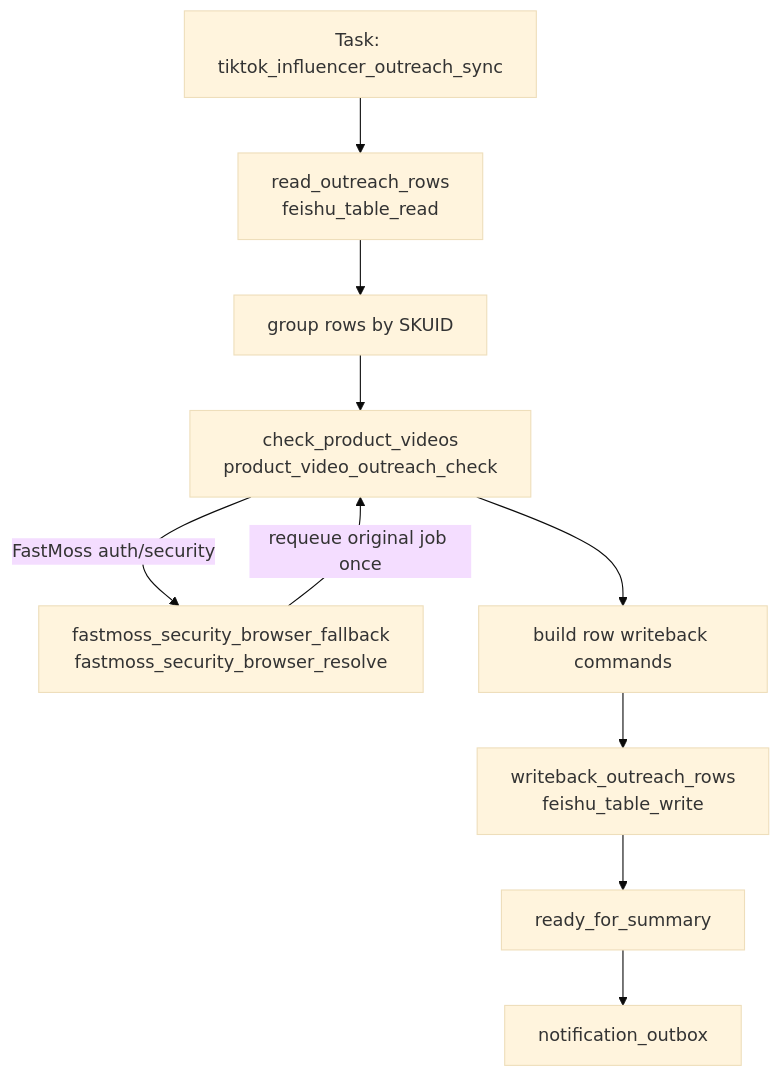
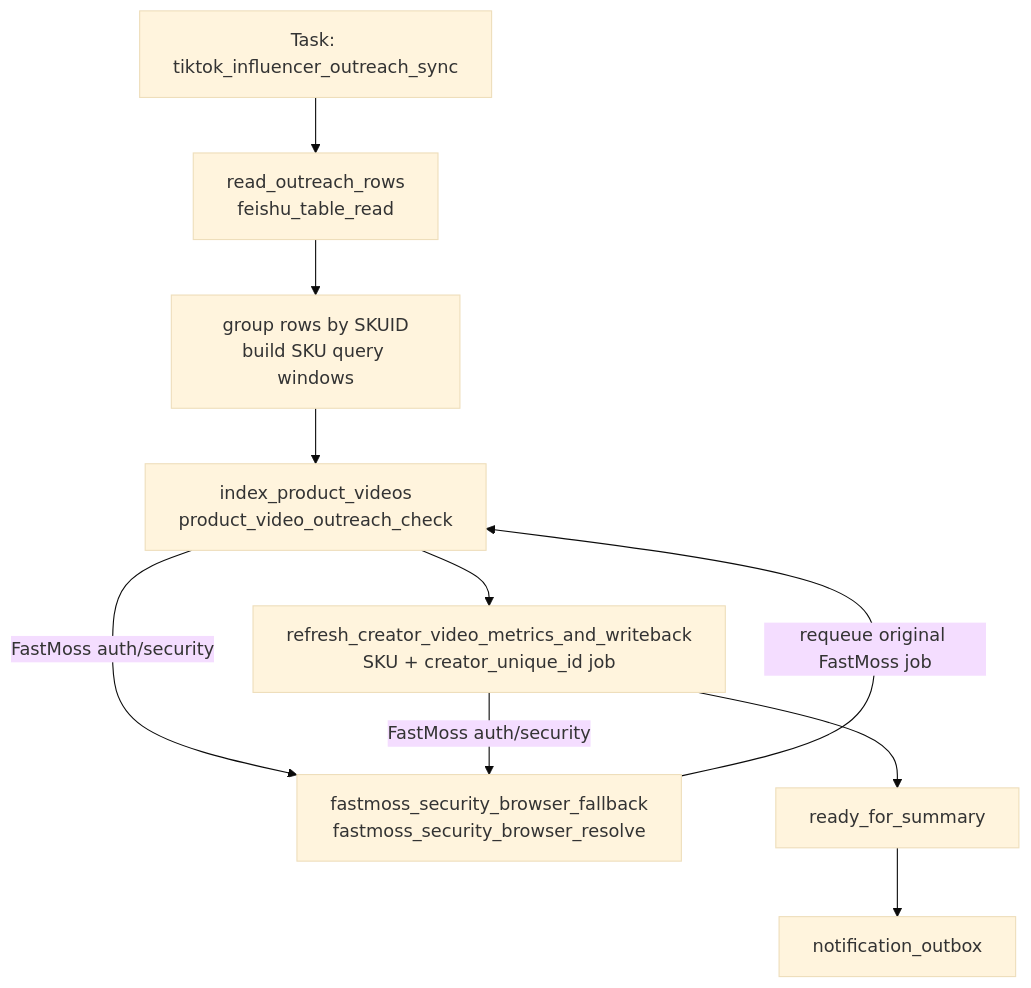
The diagram in docs/arch/workflow-influencer-outreach-design.md (knighterrantsky/mujitask), drawn with Mermaid (base theme) before and after one commit. The commit also changed other lines of this file and 1 other file, not shown here.

Commit message:
docs: update influencer outreach workflow design

````diff
--- a/docs/arch/workflow-influencer-outreach-design.md
+++ b/docs/arch/workflow-influencer-outreach-design.md
@@ -51,12 +55,12 @@
 ```mermaid
 flowchart TD
     A["Task: tiktok_influencer_outreach_sync"] --> B["read_outreach_rows<br/>feishu_table_read"]
-    B --> C["group rows by SKUID"]
-    C --> D["check_product_videos<br/>product_video_outreach_check"]
+    B --> C["group rows by SKUID<br/>build SKU query windows"]
+    C --> D["index_product_videos<br/>product_video_outreach_check"]
     D -->|FastMoss auth/security| R["fastmoss_security_browser_fallback<br/>fastmoss_security_browser_resolve"]
-    R -->|requeue original job once| D
-    D --> E["build row writeback commands"]
-    E --> F["writeback_outreach_rows<br/>feishu_table_write"]
-    F --> G["ready_for_summary"]
+    R -->|requeue original FastMoss job| D
+    D --> E["refresh_creator_video_metrics_and_writeback<br/>SKU + creator_unique_id job"]
+    E -->|FastMoss auth/security| R
+    E --> G["ready_for_summary"]
     G --> H["notification_outbox"]
 ```
````
